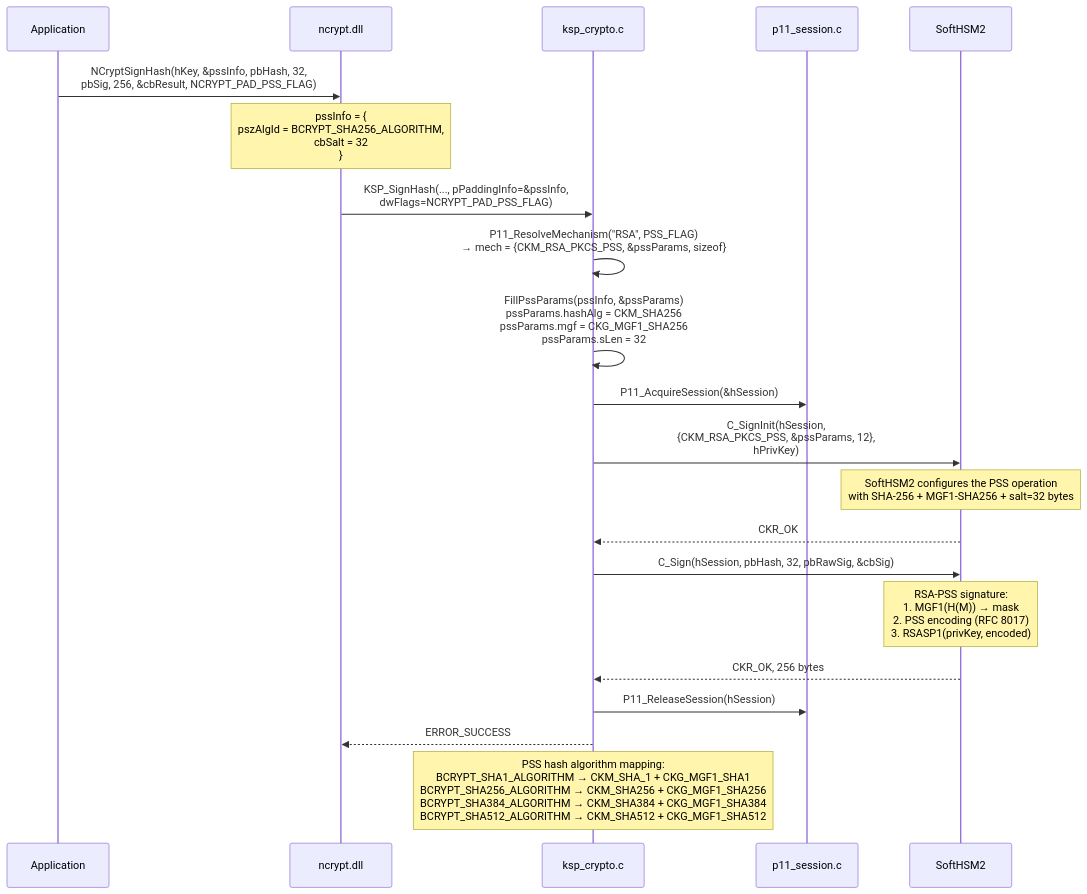
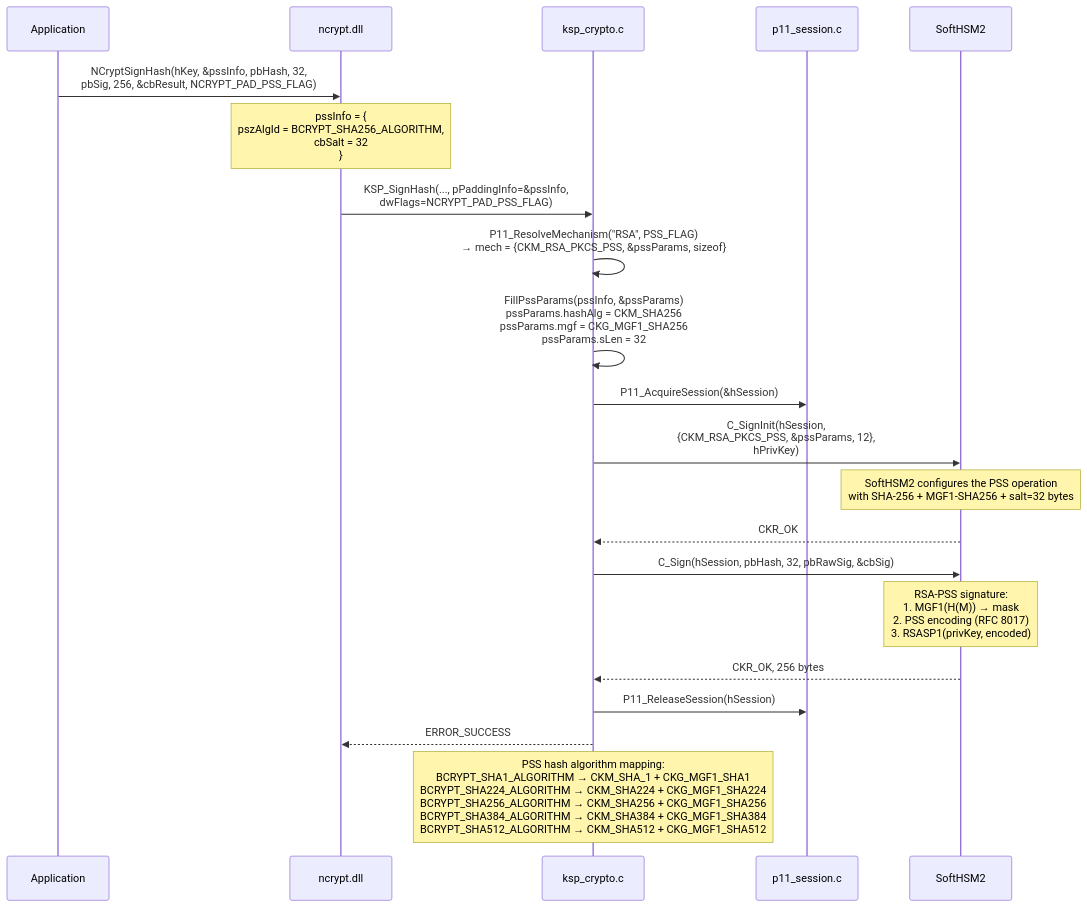
The second of 8 diagrams in softhsm_ksp/docs/04-crypto-operations.md (Gaillotte/Noida), drawn with Mermaid before and after one commit. The commit also changed other lines of this file and 24 other files, not shown here.

````diff
--- a/softhsm_ksp/docs/04-crypto-operations.md
+++ b/softhsm_ksp/docs/04-crypto-operations.md
@@ -89,33 +89,33 @@
 ```mermaid
 sequenceDiagram
     participant App as Application
     participant NCrypt as ncrypt.dll
     participant KSP as ksp_crypto.c
     participant Session as p11_session.c
     participant HSM as SoftHSM2
 
     App->>NCrypt: NCryptSignHash(hKey, &pssInfo, pbHash, 32,<br/>pbSig, 256, &cbResult, NCRYPT_PAD_PSS_FLAG)
 
     note over NCrypt: pssInfo = {<br/>  pszAlgId = BCRYPT_SHA256_ALGORITHM,<br/>  cbSalt   = 32<br/>}
 
     NCrypt->>KSP: KSP_SignHash(..., pPaddingInfo=&pssInfo,<br/>dwFlags=NCRYPT_PAD_PSS_FLAG)
 
     KSP->>KSP: P11_ResolveMechanism("RSA", PSS_FLAG)<br/>→ mech = {CKM_RSA_PKCS_PSS, &pssParams, sizeof}
 
     KSP->>KSP: FillPssParams(pssInfo, &pssParams)<br/>pssParams.hashAlg = CKM_SHA256<br/>pssParams.mgf     = CKG_MGF1_SHA256<br/>pssParams.sLen    = 32
 
     KSP->>Session: P11_AcquireSession(&hSession)
 
     KSP->>HSM: C_SignInit(hSession,<br/>  {CKM_RSA_PKCS_PSS, &pssParams, 12},<br/>  hPrivKey)
     note over HSM: SoftHSM2 configures the PSS operation<br/>with SHA-256 + MGF1-SHA256 + salt=32 bytes
     HSM-->>KSP: CKR_OK
 
     KSP->>HSM: C_Sign(hSession, pbHash, 32, pbRawSig, &cbSig)
     note over HSM: RSA-PSS signature:<br/>1. MGF1(H(M)) → mask<br/>2. PSS encoding (RFC 8017)<br/>3. RSASP1(privKey, encoded)
     HSM-->>KSP: CKR_OK, 256 bytes
 
     KSP->>Session: P11_ReleaseSession(hSession)
     KSP-->>NCrypt: ERROR_SUCCESS
 
-    note over KSP: PSS hash algorithm mapping:<br/>BCRYPT_SHA1_ALGORITHM   → CKM_SHA_1  + CKG_MGF1_SHA1<br/>BCRYPT_SHA256_ALGORITHM → CKM_SHA256 + CKG_MGF1_SHA256<br/>BCRYPT_SHA384_ALGORITHM → CKM_SHA384 + CKG_MGF1_SHA384<br/>BCRYPT_SHA512_ALGORITHM → CKM_SHA512 + CKG_MGF1_SHA512
+    note over KSP: PSS hash algorithm mapping:<br/>BCRYPT_SHA1_ALGORITHM   → CKM_SHA_1  + CKG_MGF1_SHA1<br/>BCRYPT_SHA224_ALGORITHM → CKM_SHA224 + CKG_MGF1_SHA224<br/>BCRYPT_SHA256_ALGORITHM → CKM_SHA256 + CKG_MGF1_SHA256<br/>BCRYPT_SHA384_ALGORITHM → CKM_SHA384 + CKG_MGF1_SHA384<br/>BCRYPT_SHA512_ALGORITHM → CKM_SHA512 + CKG_MGF1_SHA512
 ```
````
